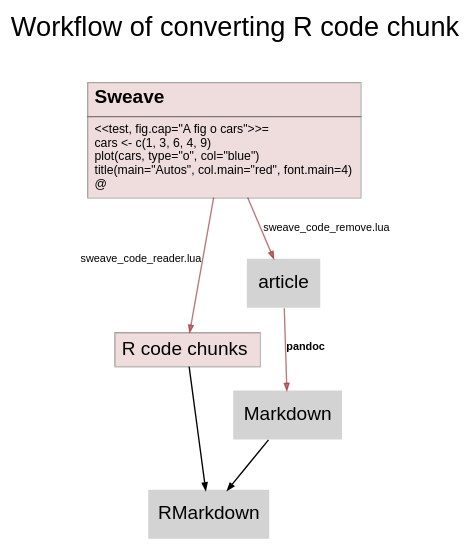
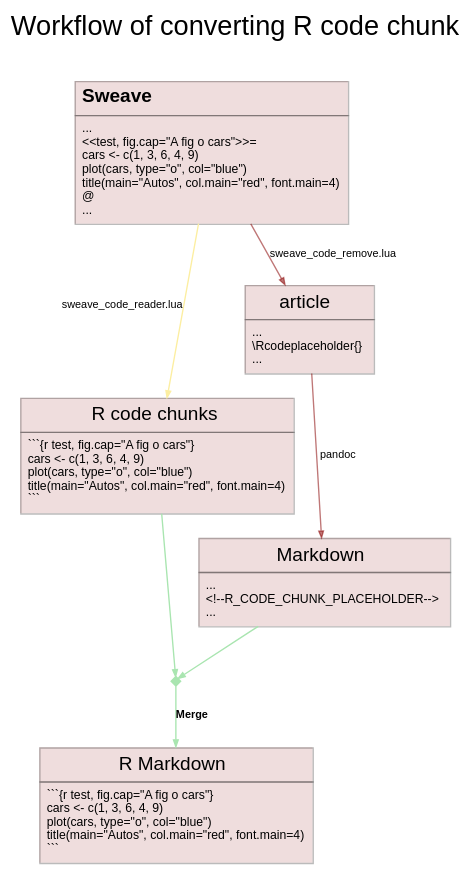
Before and after one commit to fzyxh/GSoC-2024-Weekly-Report: the diagram in present for LatinR/graphics/R_code_chunk.dot, drawn with Graphviz. The commit also changed 3 other files, not shown here.

````diff
--- a/present for LatinR/graphics/R_code_chunk.dot
+++ b/present for LatinR/graphics/R_code_chunk.dot
@@ -1,56 +1,109 @@
 digraph G1 {
 	graph [
 		label = "Workflow of converting R code chunk\n\n"
 		labelloc = t
 		fontname = "Helvetica,Arial,sans-serif"
 		fontsize = 20
 		bgcolor=transparent
 		layout = dot
 		newrank = true
 	]
 	
 	node [
 		style=filled
 		shape=rect
 		pencolor="#00000044" // frames color
 		fontname="Helvetica,Arial,sans-serif"
 		shape=plaintext
 	]
 	edge [
 		arrowsize=0.5
 		fontname="Helvetica,Arial,sans-serif"
 		labeldistance=3
 		labelfontcolor="#00000080"
 		penwidth=1
 		fontsize = 8
 	]
 	Sweave [
 		color="#88000022"
 		label=<<table border="0" cellborder="1" cellspacing="0" cellpadding="4">
             <tr> 
                 <td align="left"><b>Sweave</b></td> 
             </tr>
             <tr> 
                 <td align="left">
+<font point-size="9">...</font><br align="left"/>
 <font point-size="9">&lt;&lt;test, fig.cap="A fig o cars"&gt;&gt;=</font><br align="left"/>
 <font point-size="9">cars &lt;- c(1, 3, 6, 4, 9)</font><br align="left"/>
 <font point-size="9">plot(cars, type="o", col="blue")</font><br align="left"/>
 <font point-size="9">title(main="Autos", col.main="red", font.main=4)</font><br align="left"/>
-<font point-size="9">@</font>
+<font point-size="9">@</font><br align="left"/>
+<font point-size="9">...</font>
 <br align="left"/></td></tr>
 		</table>>
 		shape=plain
 	]
 	code [
 		color="#88000022"
 		label=<<table border="0" cellborder="1" cellspacing="0" cellpadding="4">
 			<tr> <td> R code chunks </td> </tr>
+			<tr> 
+                <td align="left">
+<font point-size="9">```{r test, fig.cap="A fig o cars"}</font><br align="left"/>
+<font point-size="9">cars &lt;- c(1, 3, 6, 4, 9)</font><br align="left"/>
+<font point-size="9">plot(cars, type="o", col="blue")</font><br align="left"/>
+<font point-size="9">title(main="Autos", col.main="red", font.main=4)</font><br align="left"/>
+<font point-size="9">```</font>
+<br align="left"/></td></tr>
 		</table>>
 		shape=plain
 	]
-    Sweave -> code [xlabel="sweave_code_reader.lua" color="#88000088"];
+	article [
+		color="#88000022"
+		label=<<table border="0" cellborder="1" cellspacing="0" cellpadding="4">
+			<tr> <td> article </td> </tr>
+			<tr> 
+                <td align="left">
+<font point-size="9">...</font><br align="left"/>
+<font point-size="9">\Rcodeplaceholder{}</font><br align="left"/>
+<font point-size="9">...</font>
+<br align="left"/></td></tr>
+		</table>>
+		shape=plain
+	]
+	Markdown [
+		color="#88000022"
+		label=<<table border="0" cellborder="1" cellspacing="0" cellpadding="4">
+			<tr> <td> Markdown </td> </tr>
+			<tr> 
+                <td align="left">
+<font point-size="9">...</font><br align="left"/>
+<font point-size="9">&lt;!--R_CODE_CHUNK_PLACEHOLDER--&gt;</font><br align="left"/>
+<font point-size="9">...</font>
+<br align="left"/></td></tr>
+		</table>>
+		shape=plain
+	]
+	RMarkdown [
+		color="#88000022"
+		label=<<table border="0" cellborder="1" cellspacing="0" cellpadding="4">
+			<tr> <td> R Markdown </td> </tr>
+			<tr> 
+                <td align="left">
+<font point-size="9">```{r test, fig.cap="A fig o cars"}</font><br align="left"/>
+<font point-size="9">cars &lt;- c(1, 3, 6, 4, 9)</font><br align="left"/>
+<font point-size="9">plot(cars, type="o", col="blue")</font><br align="left"/>
+<font point-size="9">title(main="Autos", col.main="red", font.main=4)</font><br align="left"/>
+<font point-size="9">```</font>
+<br align="left"/></td></tr>
+		</table>>
+		shape=plain
+	]
+    "mergepoint" [shape=diamond,style=filled,label="",height=.1,width=.1,color="#a9e5b0"];
+    Sweave -> code [xlabel="sweave_code_reader.lua" color="#fceea1"];
     Sweave -> article [label="sweave_code_remove.lua" color="#88000088"];
-    article -> Markdown [label=<<b>pandoc</b>> color="#88000088"];
-    code -> RMarkdown;
-    Markdown -> RMarkdown;
+    article -> Markdown [label=<pandoc> color="#88000088"];
+    code -> "mergepoint" [color="#a9e5b0"];
+    Markdown -> "mergepoint" [color="#a9e5b0"];
+    "mergepoint" -> RMarkdown [label=<<b>Merge</b>> color="#a9e5b0"];
 }
````
